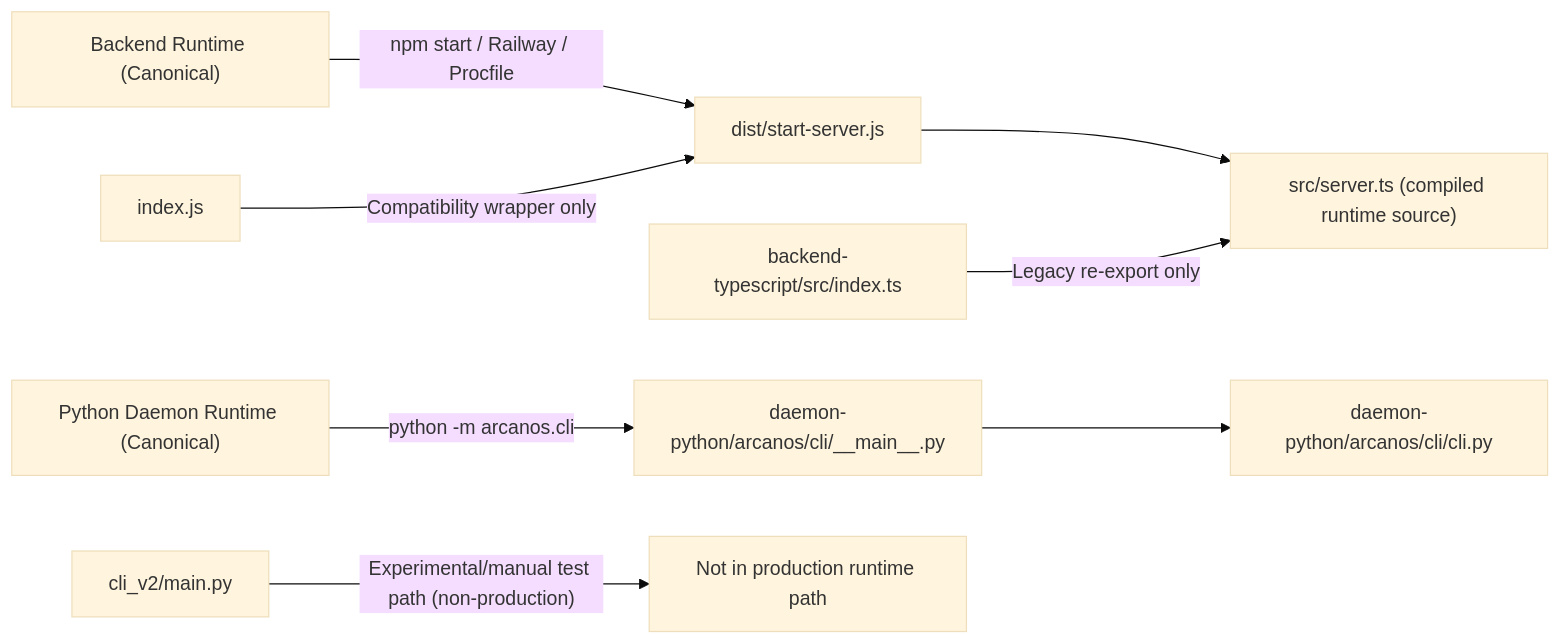
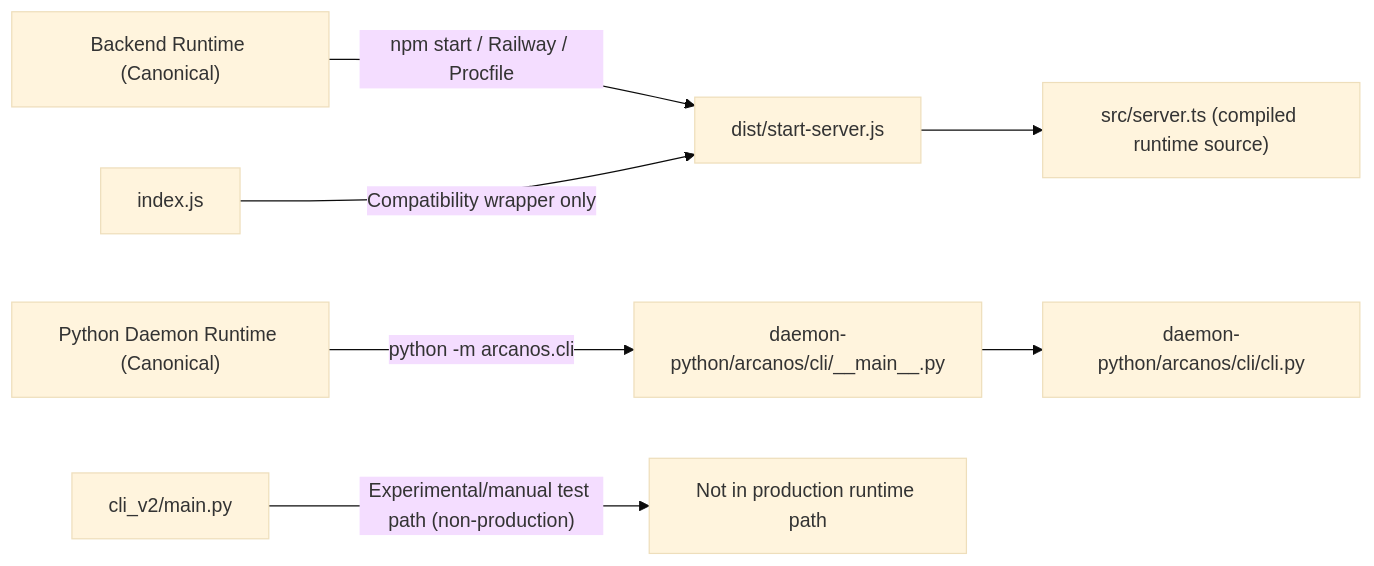
One commit to pbjustin/Arcanos changed the diagram in README.md. Above: the diagram before and after it, drawn with Mermaid (base theme). The commit also changed other lines of this file and 63 other files, not shown here.

````diff
--- a/README.md
+++ b/README.md
@@ -23,11 +23,10 @@
 ```mermaid
 flowchart LR
   A["Backend Runtime (Canonical)"] -->|"npm start / Railway / Procfile"| B["dist/start-server.js"]
   B --> C["src/server.ts (compiled runtime source)"]
   D["index.js"] -->|"Compatibility wrapper only"| B
-  E["backend-typescript/src/index.ts"] -->|"Legacy re-export only"| C
 
   F["Python Daemon Runtime (Canonical)"] -->|"python -m arcanos.cli"| G["daemon-python/arcanos/cli/__main__.py"]
   G --> H["daemon-python/arcanos/cli/cli.py"]
   I["cli_v2/main.py"] -->|"Experimental/manual test path (non-production)"| J["Not in production runtime path"]
 ```
````
